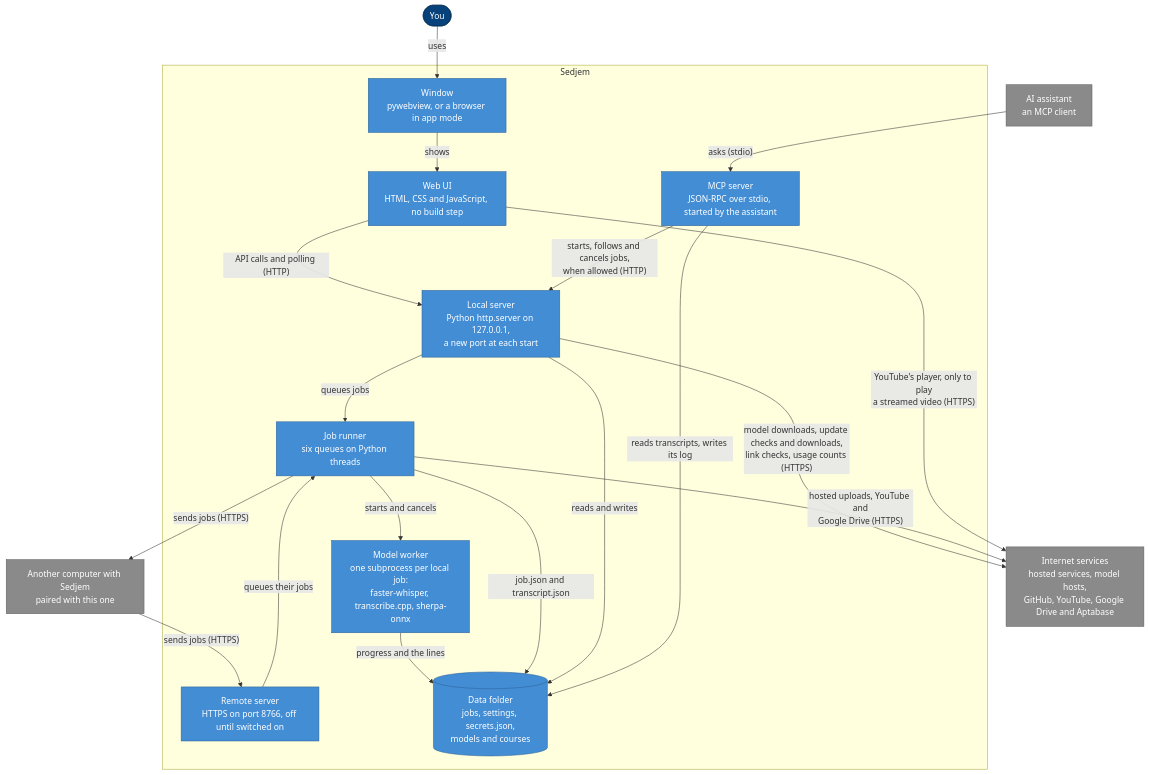
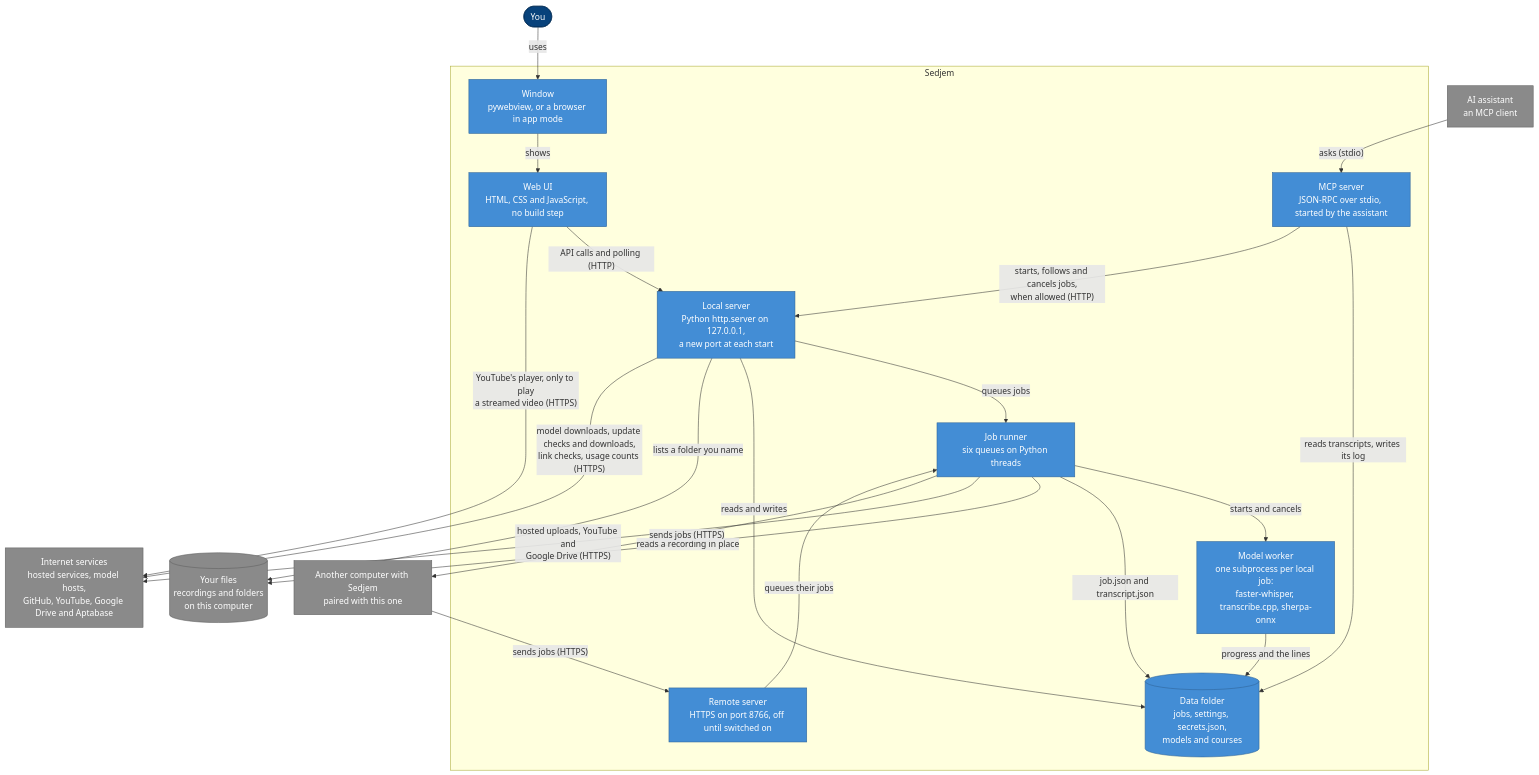
Before and after one commit to MohammedEl-sayedAhmed/sedjem: the second of 3 diagrams in docs/16-architecture.md, drawn with Mermaid. The commit also changed other lines of this file and 25 other files, not shown here.

First line of the commit message:
Files: a folder on this computer, or several files, as a course (#146)

````diff
--- a/docs/16-architecture.md
+++ b/docs/16-architecture.md
@@ -54,43 +54,46 @@
 ```mermaid
 flowchart TB
   you(["You"])
   assistant["AI assistant<br/>an MCP client"]
   other["Another computer with Sedjem<br/>paired with this one"]
   internet["Internet services<br/>hosted services, model hosts,<br/>GitHub, YouTube, Google Drive and Aptabase"]
+  files[("Your files<br/>recordings and folders<br/>on this computer")]
 
   subgraph sedjem["Sedjem"]
     window["Window<br/>pywebview, or a browser in app mode"]
     ui["Web UI<br/>HTML, CSS and JavaScript, no build step"]
     server["Local server<br/>Python http.server on 127.0.0.1,<br/>a new port at each start"]
     runner["Job runner<br/>six queues on Python threads"]
     worker["Model worker<br/>one subprocess per local job:<br/>faster-whisper, transcribe.cpp, sherpa-onnx"]
     remote["Remote server<br/>HTTPS on port 8766, off until switched on"]
     mcp["MCP server<br/>JSON-RPC over stdio, started by the assistant"]
     data[("Data folder<br/>jobs, settings, secrets.json,<br/>models and courses")]
   end
 
   you -->|"uses"| window
   window -->|"shows"| ui
   ui -->|"API calls and polling (HTTP)"| server
   server -->|"queues jobs"| runner
   runner -->|"starts and cancels"| worker
   worker -->|"progress and the lines"| data
   runner -->|"job.json and transcript.json"| data
   server -->|"reads and writes"| data
+  server -->|"lists a folder you name"| files
+  runner -->|"reads a recording in place"| files
   server -->|"model downloads, update checks and downloads,<br/>link checks, usage counts (HTTPS)"| internet
   runner -->|"hosted uploads, YouTube and<br/>Google Drive (HTTPS)"| internet
   ui -->|"YouTube's player, only to play<br/>a streamed video (HTTPS)"| internet
   runner -->|"sends jobs (HTTPS)"| other
   other -->|"sends jobs (HTTPS)"| remote
   remote -->|"queues their jobs"| runner
   assistant -->|"asks (stdio)"| mcp
   mcp -->|"reads transcripts, writes its log"| data
   mcp -->|"starts, follows and cancels jobs,<br/>when allowed (HTTP)"| server
 
   classDef person fill:#08427b,stroke:#052e56,color:#fff
   classDef part fill:#438dd5,stroke:#2e6295,color:#fff
   classDef external fill:#8a8a8a,stroke:#5e5e5e,color:#fff
   class you person
   class window,ui,server,runner,worker,remote,mcp,data part
-  class assistant,other,internet external
+  class assistant,other,internet,files external
 ```
````
